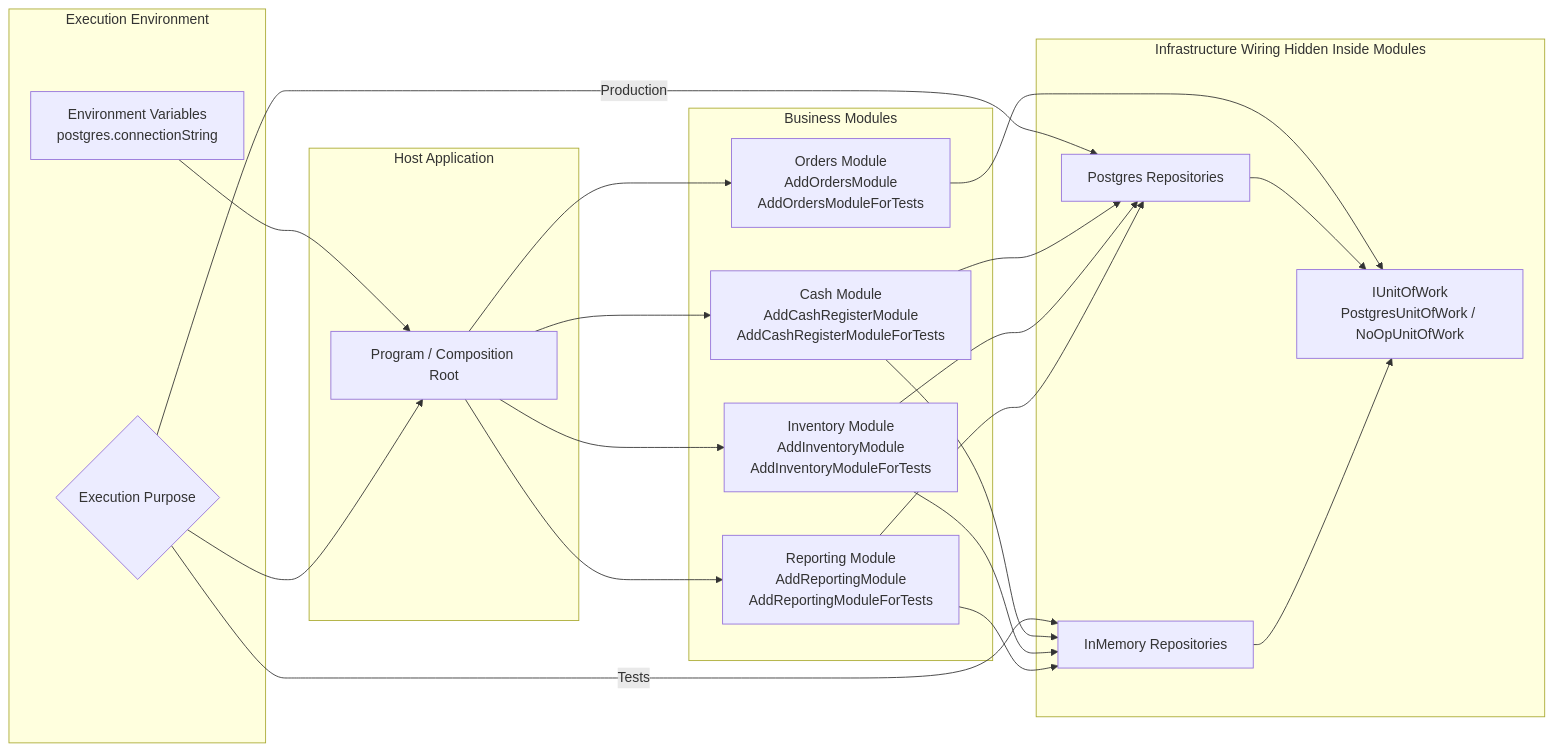
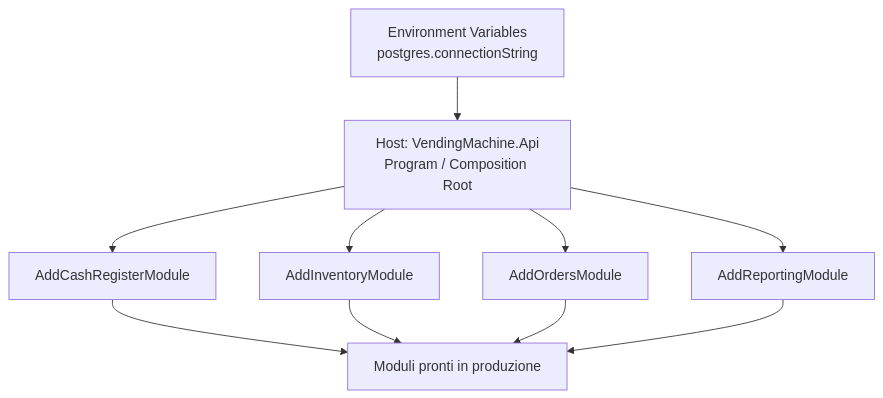
Before and after one commit to phenixita/modular-monolith: the first of 2 diagrams in README.md, drawn with Mermaid. The commit also changed other lines of this file, not shown here.

Commit message:
refactor(docs): update Mermaid diagrams for clarity

````diff
--- a/README.md
+++ b/README.md
@@ -16,46 +16,14 @@
 ```mermaid
-flowchart LR
-    subgraph ENV[Execution Environment]
-        VARS[Environment Variables\npostgres.connectionString]
-        PURPOSE{Execution Purpose}
-    end
+flowchart TD
+    ENV[Environment Variables\npostgres.connectionString] --> API[Host: VendingMachine.Api\nProgram / Composition Root]
 
-    subgraph HOST[Host Application]
-        BOOT[Program / Composition Root]
-    end
+    API --> CASH[AddCashRegisterModule]
+    API --> INV[AddInventoryModule]
+    API --> ORD[AddOrdersModule]
+    API --> REP[AddReportingModule]
 
-    subgraph MODS[Business Modules]
-        CASH[Cash Module\nAddCashRegisterModule\nAddCashRegisterModuleForTests]
-        INV[Inventory Module\nAddInventoryModule\nAddInventoryModuleForTests]
-        ORD[Orders Module\nAddOrdersModule\nAddOrdersModuleForTests]
-        REP[Reporting Module\nAddReportingModule\nAddReportingModuleForTests]
-    end
-
-    subgraph IMPL[Infrastructure Wiring Hidden Inside Modules]
-        PG[Postgres Repositories]
-        MEM[InMemory Repositories]
-        UOW[IUnitOfWork\nPostgresUnitOfWork / NoOpUnitOfWork]
-    end
-
-    VARS --> BOOT
-    PURPOSE --> BOOT
-
-    BOOT --> CASH
-    BOOT --> INV
-    BOOT --> ORD
-    BOOT --> REP
-
-    PURPOSE -->|Production| PG
-    PURPOSE -->|Tests| MEM
-
-    CASH --> PG
-    CASH --> MEM
-    INV --> PG
-    INV --> MEM
-    REP --> PG
-    REP --> MEM
-    ORD --> UOW
-
-    PG --> UOW
-    MEM --> UOW
+    CASH --> READY[Moduli pronti in produzione]
+    INV --> READY
+    ORD --> READY
+    REP --> READY
 ```
````
